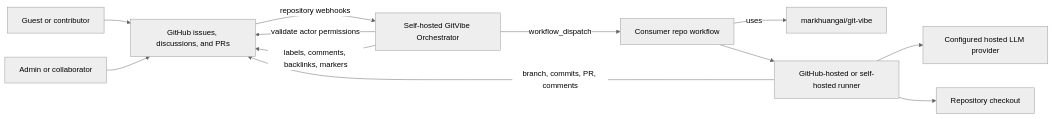
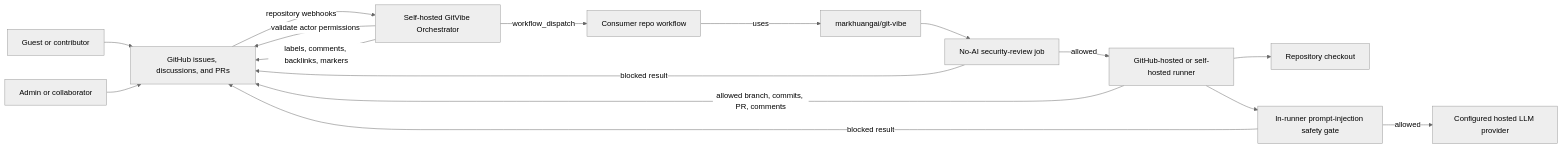
The first of 3 diagrams in docs/ARCHITECTURE.md (markhuangai/git-vibe), drawn with Mermaid (neutral theme) before and after one commit. The commit also changed other lines of this file and 39 other files, not shown here.

First line of the commit message:
Add comprehensive tests for GitVibe workflows and security review actions

````diff
--- a/docs/ARCHITECTURE.md
+++ b/docs/ARCHITECTURE.md
@@ -35,18 +35,22 @@
 ```mermaid
 flowchart LR
   U[Guest or contributor] --> GH[GitHub issues, discussions, and PRs]
   M[Admin or collaborator] --> GH
 
   GH -->|repository webhooks| APP[Self-hosted GitVibe Orchestrator]
   APP -->|validate actor permissions| GH
   APP -->|labels, comments, backlinks, markers| GH
   APP -->|workflow_dispatch| WF[Consumer repo workflow]
 
   WF -->|uses| GV[markhuangai/git-vibe]
-  WF --> RUNNER[GitHub-hosted or self-hosted runner]
+  GV --> SR[No-AI security-review job]
+  SR -->|blocked result| GH
+  SR -->|allowed| RUNNER[GitHub-hosted or self-hosted runner]
 
-  RUNNER --> LLM[Configured hosted LLM provider]
   RUNNER --> CODE[Repository checkout]
-  RUNNER -->|branch, commits, PR, comments| GH
+  RUNNER --> SAFE[In-runner prompt-injection safety gate]
+  SAFE -->|allowed| LLM[Configured hosted LLM provider]
+  SAFE -->|blocked result| GH
+  RUNNER -->|allowed branch, commits, PR, comments| GH
 
 ```
````
